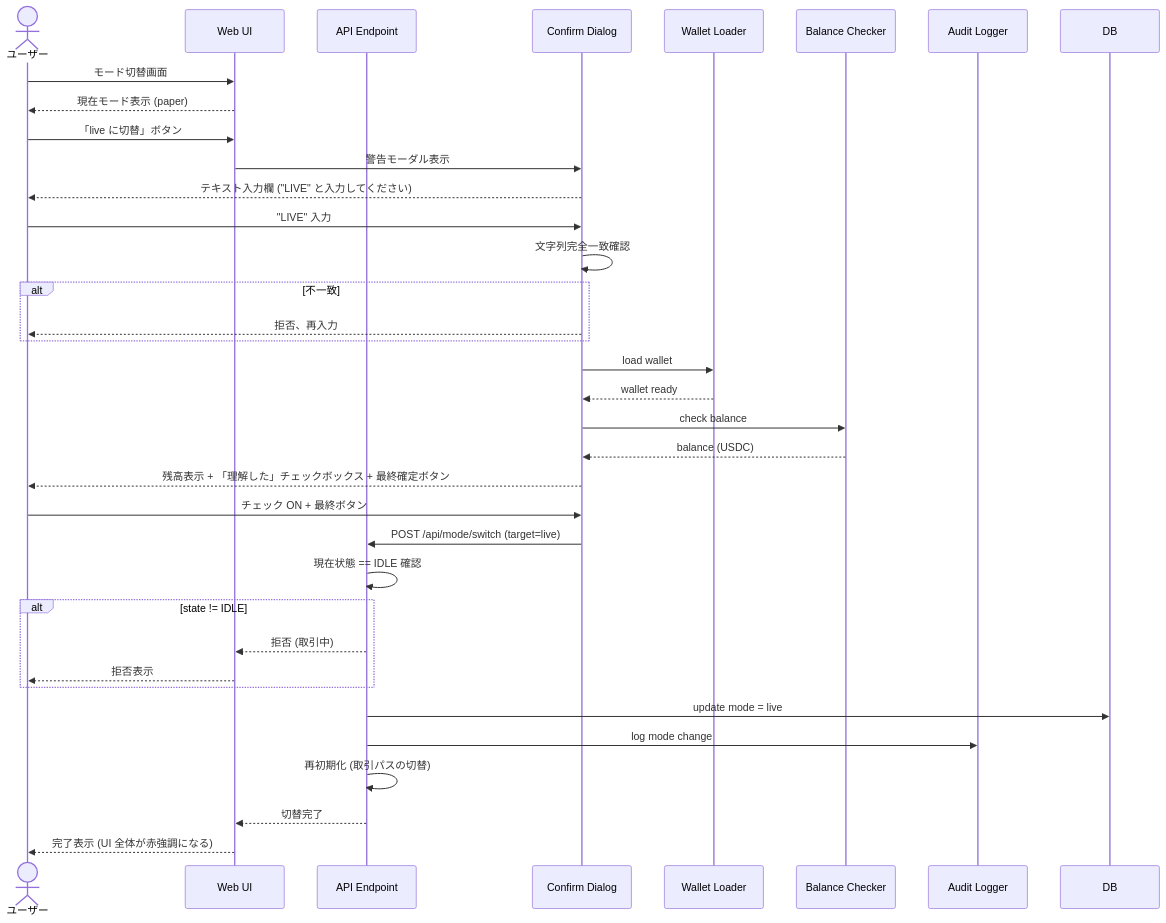
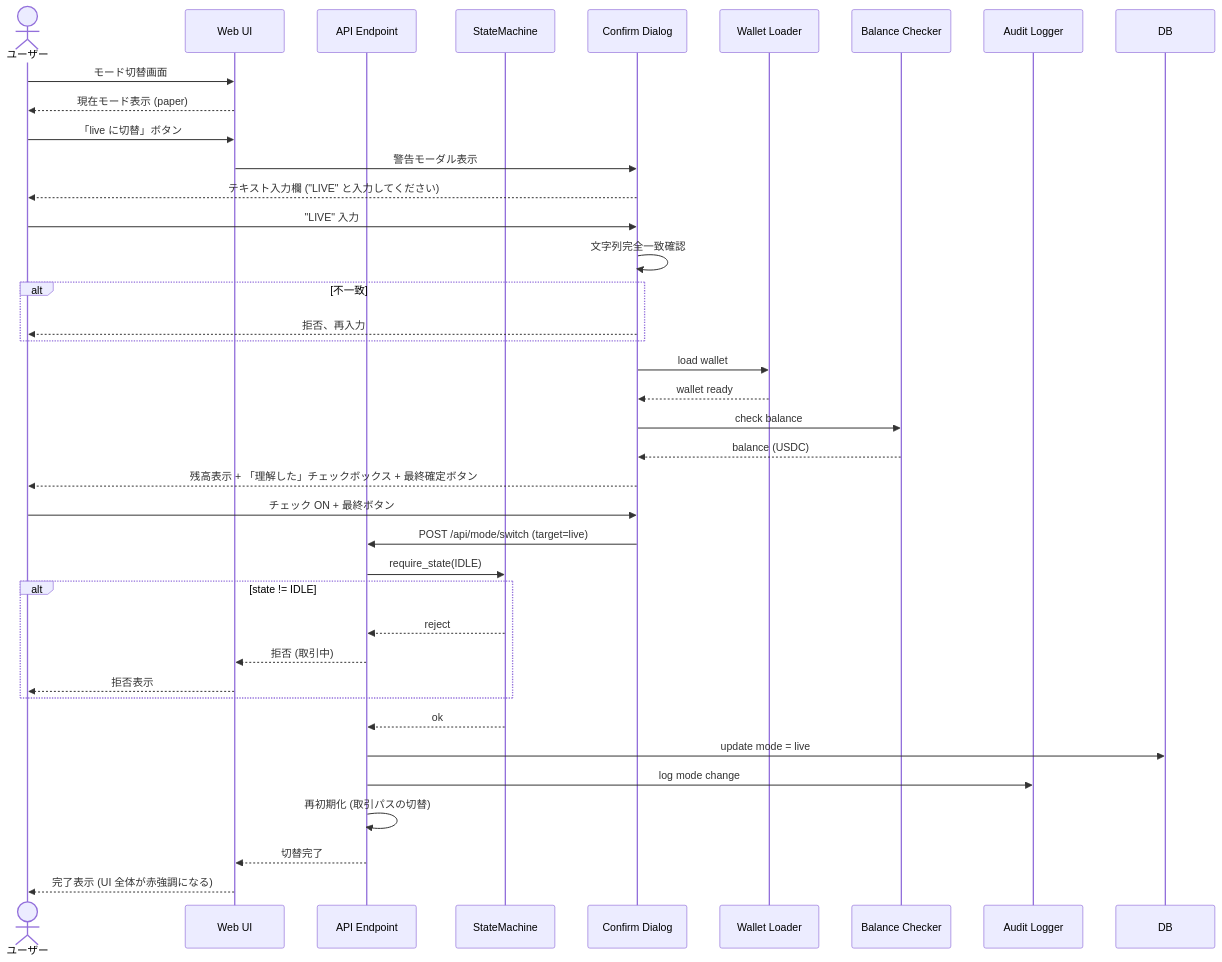
One commit to matrix9neonebuchadnezzar2199-sketch/YoRuu changed the sixth of 7 diagrams in docs/design/06_sequence.md. Above: the diagram before and after it, drawn with Mermaid. The commit also changed other lines of this file and 6 other files, not shown here.

````diff
--- a/docs/design/06_sequence.md
+++ b/docs/design/06_sequence.md
@@ -258,39 +275,42 @@
 ```mermaid
 sequenceDiagram
     actor U as ユーザー
     participant UI as Web UI
     participant AP as API Endpoint
+    participant SM as StateMachine
     participant CD as Confirm Dialog
     participant WL as Wallet Loader
     participant BC as Balance Checker
     participant AL as Audit Logger
     participant DB
 
     U->>UI: モード切替画面
     UI-->>U: 現在モード表示 (paper)
     U->>UI: 「live に切替」ボタン
     UI->>CD: 警告モーダル表示
     CD-->>U: テキスト入力欄 ("LIVE" と入力してください)
     U->>CD: "LIVE" 入力
     CD->>CD: 文字列完全一致確認
     alt 不一致
         CD-->>U: 拒否、再入力
     end
     CD->>WL: load wallet
     WL-->>CD: wallet ready
     CD->>BC: check balance
     BC-->>CD: balance (USDC)
     CD-->>U: 残高表示 + 「理解した」チェックボックス + 最終確定ボタン
     U->>CD: チェック ON + 最終ボタン
     CD->>AP: POST /api/mode/switch (target=live)
-    AP->>AP: 現在状態 == IDLE 確認
+    AP->>SM: require_state(IDLE)
     alt state != IDLE
+        SM-->>AP: reject
         AP-->>UI: 拒否 (取引中)
         UI-->>U: 拒否表示
     end
+    SM-->>AP: ok
     AP->>DB: update mode = live
     AP->>AL: log mode change
     AP->>AP: 再初期化 (取引パスの切替)
     AP-->>UI: 切替完了
     UI-->>U: 完了表示 (UI 全体が赤強調になる)
 ```
````
